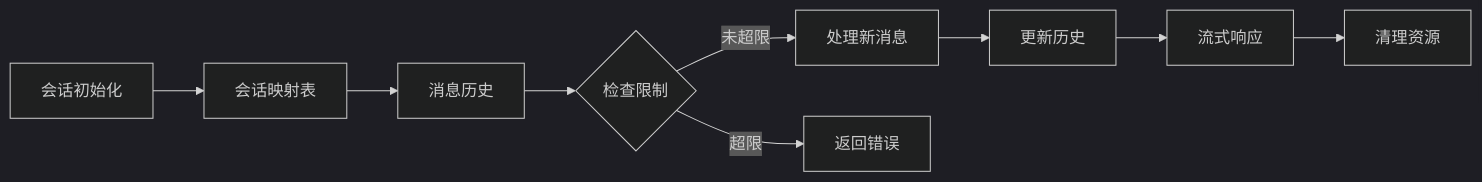
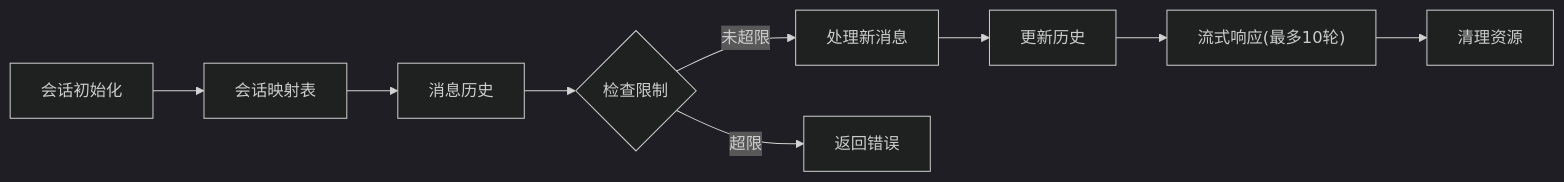
Before and after one commit to zhangdahai112/LocalManus: the seventh of 14 diagrams in .qoder/repowiki/zh/content/智能体系统/ReAct 智能体/ReAct智能体流式增强.md, drawn with Mermaid (dark theme). The commit also changed other lines of this file and 4 other files, not shown here.

````diff
--- a/.qoder/repowiki/zh/content/智能体系统/ReAct 智能体/ReAct智能体流式增强.md
+++ b/.qoder/repowiki/zh/content/智能体系统/ReAct 智能体/ReAct智能体流式增强.md
@@ -352,11 +369,11 @@
 ```mermaid
 flowchart LR
 SessionInit["会话初始化"] --> SessionMap["会话映射表"]
 SessionMap --> MessageHistory["消息历史"]
 MessageHistory --> LimitCheck{"检查限制"}
 LimitCheck --> |未超限| ProcessMessage["处理新消息"]
 LimitCheck --> |超限| ReturnError["返回错误"]
 ProcessMessage --> UpdateHistory["更新历史"]
-UpdateHistory --> StreamResponse["流式响应"]
+UpdateHistory --> StreamResponse["流式响应(最多10轮)"]
 StreamResponse --> Cleanup["清理资源"]
 ```
````
